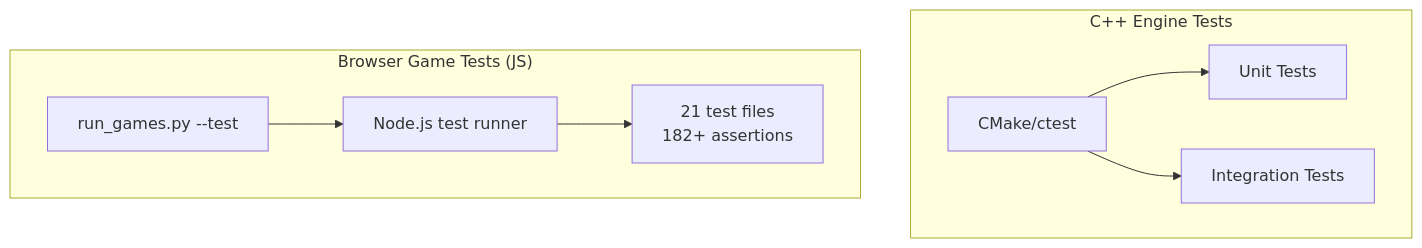
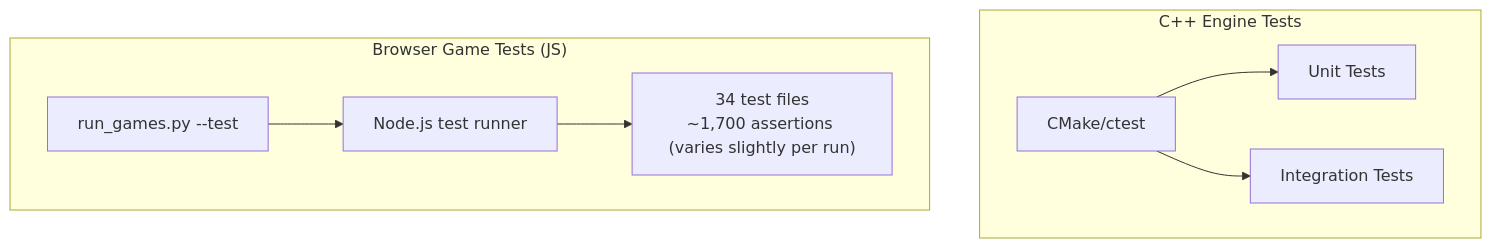
Before and after one commit to docxology/QuadCraft: the diagram in docs/development/testing_guide.md, drawn with Mermaid. The commit also changed other lines of this file and 107 other files, not shown here.

````diff
--- a/docs/development/testing_guide.md
+++ b/docs/development/testing_guide.md
@@ -7,17 +7,17 @@
 ```mermaid
 flowchart TD
     subgraph "C++ Engine Tests"
         CTest["CMake/ctest"]
         UnitTests["Unit Tests"]
         IntegrationTests["Integration Tests"]
         CTest --> UnitTests
         CTest --> IntegrationTests
     end
 
     subgraph "Browser Game Tests (JS)"
         PyLauncher["run_games.py --test"]
         NodeRunner["Node.js test runner"]
         PyLauncher --> NodeRunner
-        NodeRunner --> TestFiles["21 test files\n182+ assertions"]
+        NodeRunner --> TestFiles["34 test files\n~1,700 assertions (varies slightly per run)"]
     end
 ```
````
